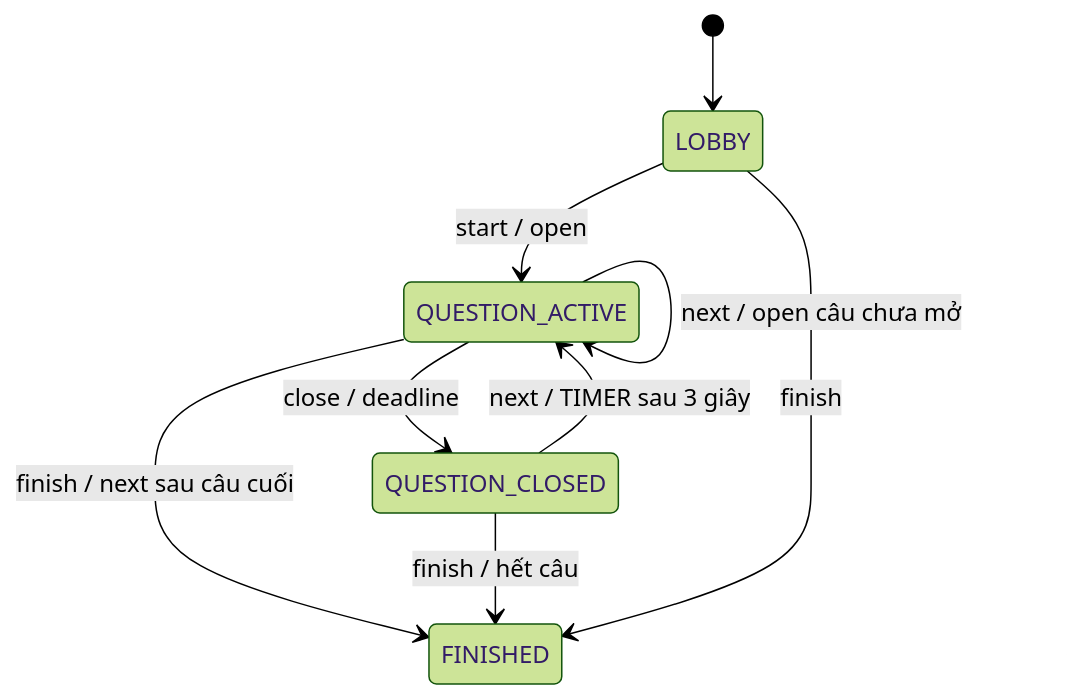
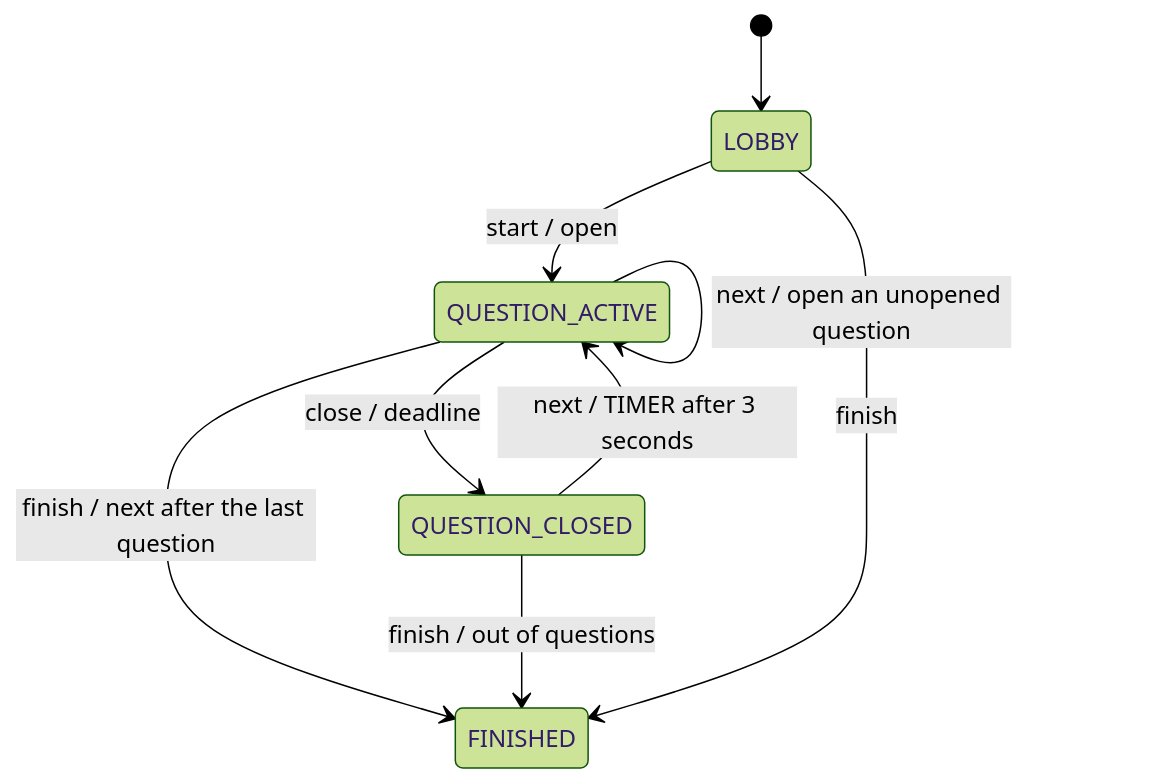
The second of 2 diagrams in web/docs/architecture.md (nahhao74/QUIZ_Remote), drawn with Mermaid (forest theme) before and after one commit. The commit also changed other lines of this file and 16 other files, not shown here.

````diff
--- a/web/docs/architecture.md
+++ b/web/docs/architecture.md
@@ -84,11 +84,11 @@
 ```mermaid
 stateDiagram-v2
   [*] --> LOBBY
   LOBBY --> QUESTION_ACTIVE: start / open
   QUESTION_ACTIVE --> QUESTION_CLOSED: close / deadline
-  QUESTION_CLOSED --> QUESTION_ACTIVE: next / TIMER sau 3 giây
-  QUESTION_ACTIVE --> QUESTION_ACTIVE: next / open câu chưa mở
-  QUESTION_ACTIVE --> FINISHED: finish / next sau câu cuối
-  QUESTION_CLOSED --> FINISHED: finish / hết câu
+  QUESTION_CLOSED --> QUESTION_ACTIVE: next / TIMER after 3 seconds
+  QUESTION_ACTIVE --> QUESTION_ACTIVE: next / open an unopened question
+  QUESTION_ACTIVE --> FINISHED: finish / next after the last question
+  QUESTION_CLOSED --> FINISHED: finish / out of questions
   LOBBY --> FINISHED: finish
 ```
````
